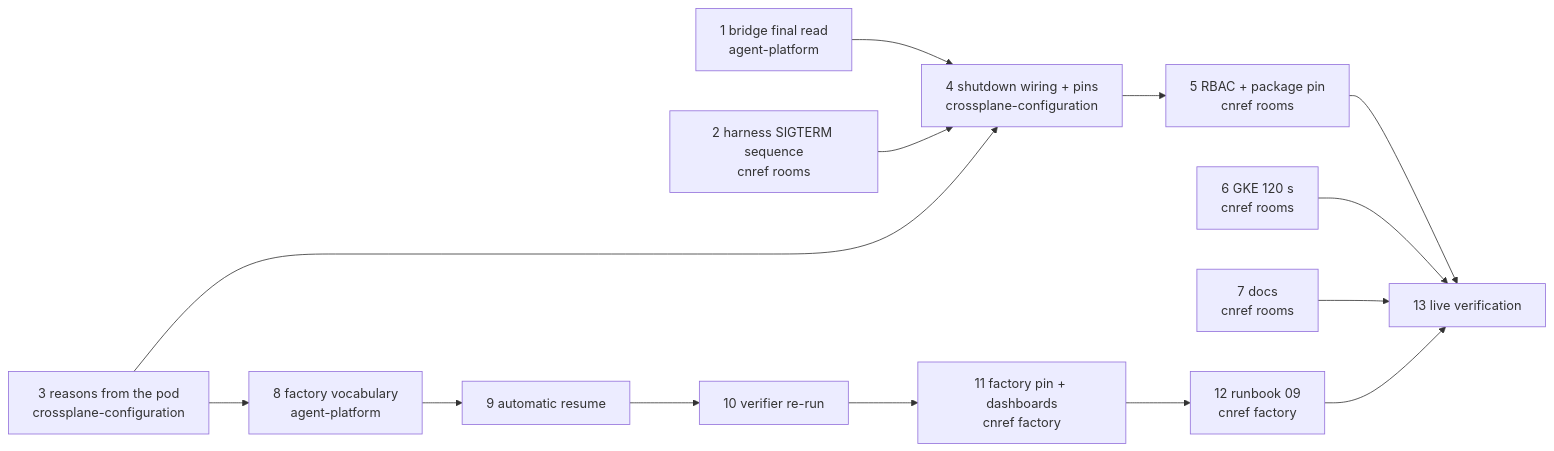
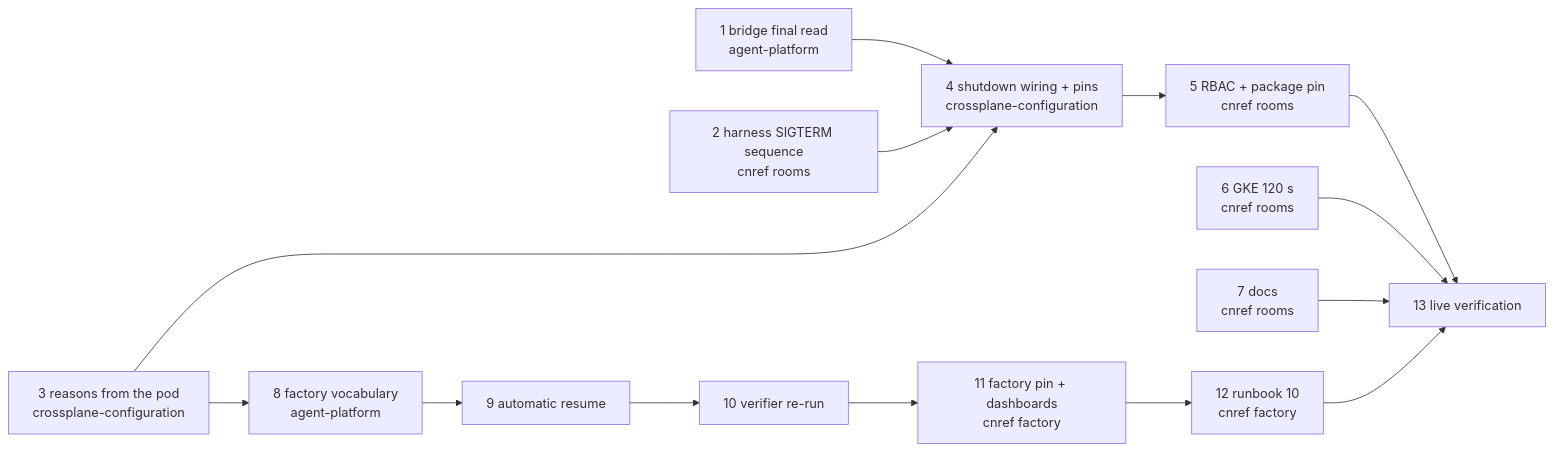
The diagram in docs/superpowers/plans/2026-10-04-agent-run-disruption-plan.md (Smana/cloud-native-ref), drawn with Mermaid before and after one commit. The commit also changed other lines of this file and 36 other files, not shown here.

````diff
--- a/docs/superpowers/plans/2026-10-04-agent-run-disruption-plan.md
+++ b/docs/superpowers/plans/2026-10-04-agent-run-disruption-plan.md
@@ -77,17 +78,17 @@
 ```mermaid
 flowchart LR
   T1[1 bridge final read<br/>agent-platform] --> T4
   T2[2 harness SIGTERM sequence<br/>cnref rooms] --> T4
   T3[3 reasons from the pod<br/>crossplane-configuration] --> T4[4 shutdown wiring + pins<br/>crossplane-configuration]
   T4 --> T5[5 RBAC + package pin<br/>cnref rooms]
   T6[6 GKE 120 s<br/>cnref rooms]
   T7[7 docs<br/>cnref rooms]
   T3 --> T8[8 factory vocabulary<br/>agent-platform]
   T8 --> T9[9 automatic resume] --> T10[10 verifier re-run]
   T10 --> T11[11 factory pin + dashboards<br/>cnref factory]
-  T11 --> T12[12 runbook 09<br/>cnref factory]
+  T11 --> T12[12 runbook 10<br/>cnref factory]
   T5 --> T13[13 live verification]
   T6 --> T13
   T7 --> T13
   T12 --> T13
 ```
````
